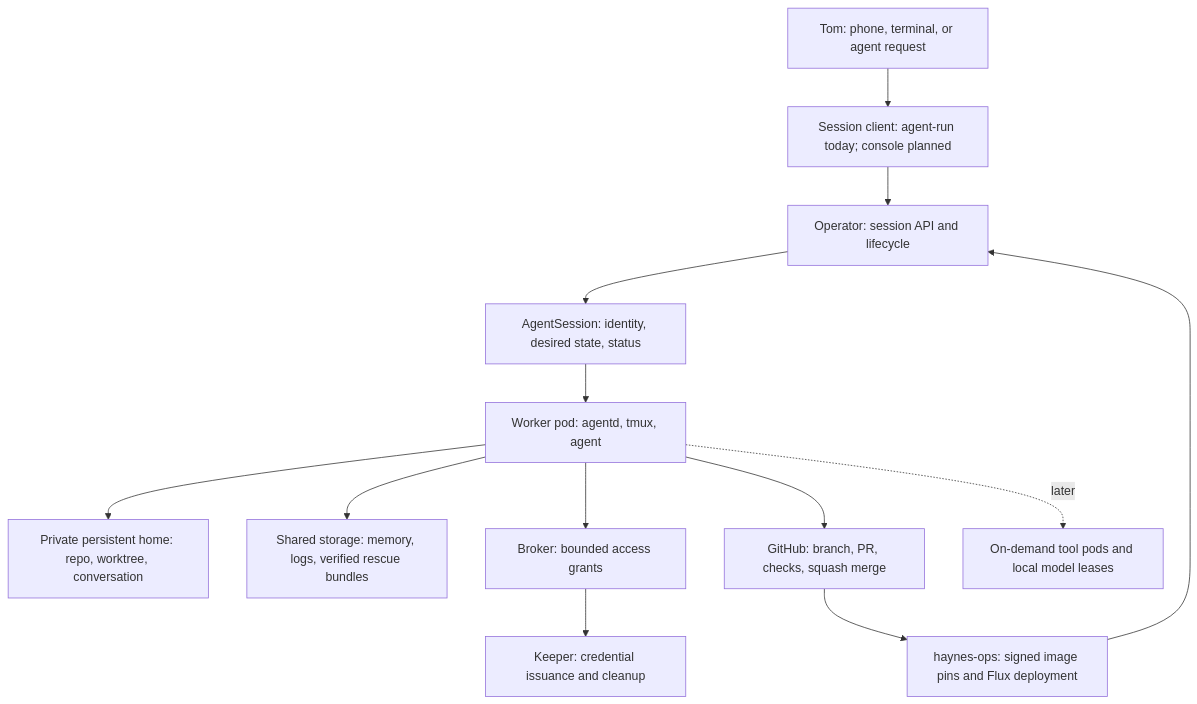
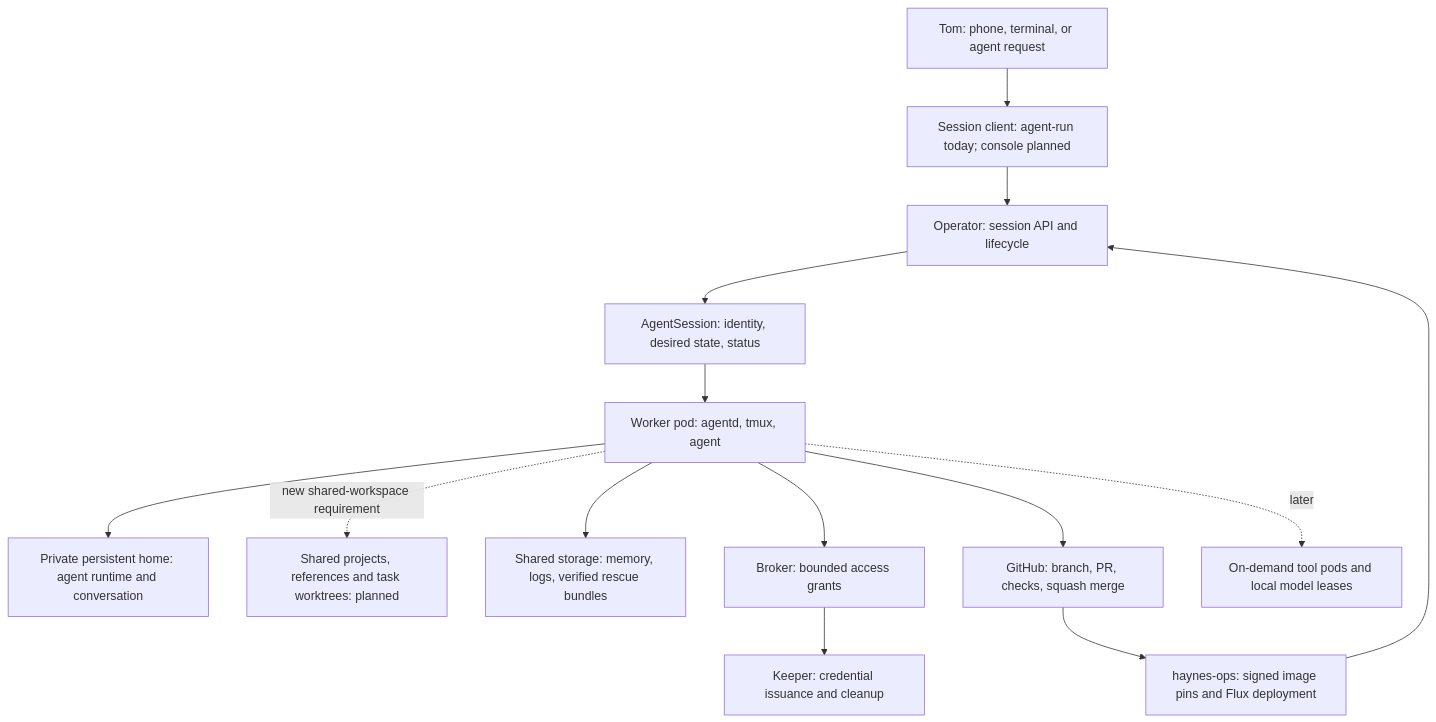
Before and after one commit to thaynes43/dev-env: the first of 4 diagrams in docs/workflow-guide.md, drawn with Mermaid. The commit also changed other lines of this file and 14 other files, not shown here.

Commit message:
docs: draw shared-project and multi-pod Codex workflows

````diff
--- a/docs/workflow-guide.md
+++ b/docs/workflow-guide.md
@@ -31,15 +87,16 @@
 ```mermaid
 flowchart TB
     Owner["Tom: phone, terminal, or agent request"] --> Client["Session client: agent-run today; console planned"]
     Client --> Operator["Operator: session API and lifecycle"]
     Operator --> Session["AgentSession: identity, desired state, status"]
     Session --> Pod["Worker pod: agentd, tmux, agent"]
-    Pod --> Home["Private persistent home: repo, worktree, conversation"]
+    Pod --> Home["Private persistent home: agent runtime and conversation"]
+    Pod -. "new shared-workspace requirement" .-> Projects["Shared projects, references and task worktrees: planned"]
     Pod --> Shared["Shared storage: memory, logs, verified rescue bundles"]
     Pod --> Broker["Broker: bounded access grants"]
     Broker --> Keeper["Keeper: credential issuance and cleanup"]
     Pod --> GitHub["GitHub: branch, PR, checks, squash merge"]
     GitHub --> Flux["haynes-ops: signed image pins and Flux deployment"]
     Flux --> Operator
     Pod -. "later" .-> Tools["On-demand tool pods and local model leases"]
 ```
````
